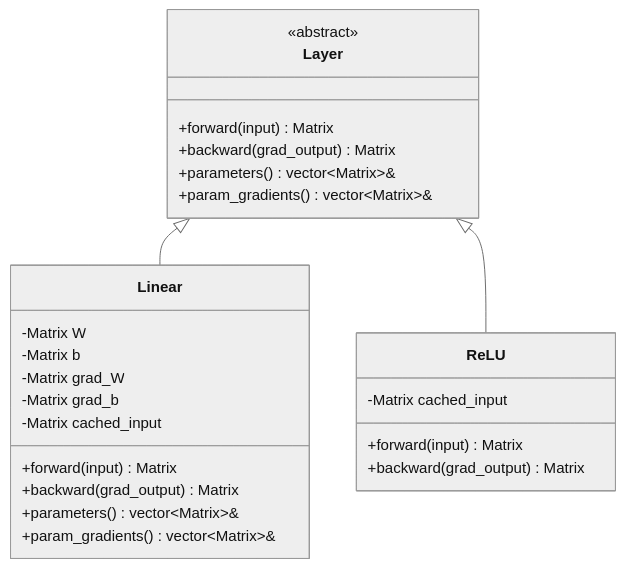
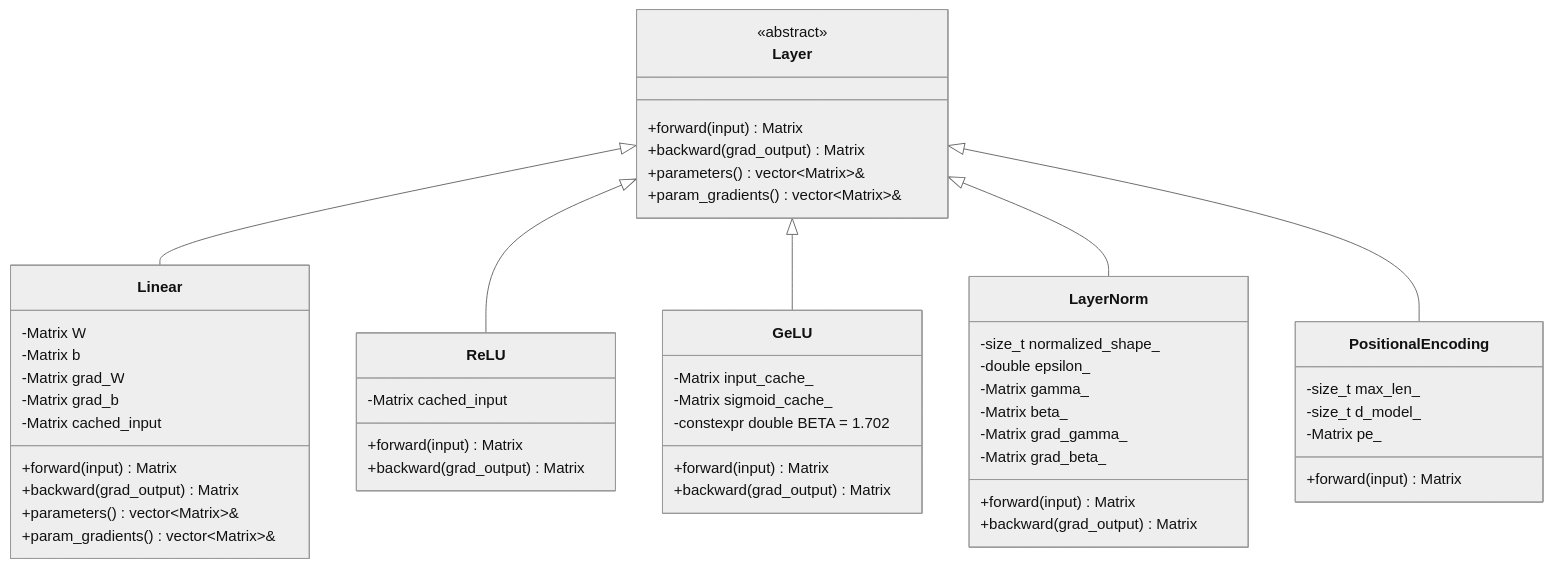
One commit to EthanPeng-2048/neuralnet.cpp changed the sixth of 13 diagrams in ARCHITECTURE.md. Above: the diagram before and after it, drawn with Mermaid (neutral theme). The commit also changed other lines of this file and 2 other files, not shown here.

````diff
--- a/ARCHITECTURE.md
+++ b/ARCHITECTURE.md
@@ -192,31 +192,60 @@
 ```mermaid
 classDiagram
     class Layer {
         <<abstract>>
         +forward(input) Matrix
         +backward(grad_output) Matrix
         +parameters() vector~Matrix~&
         +param_gradients() vector~Matrix~&
     }
 
     class Linear {
         -Matrix W
         -Matrix b
         -Matrix grad_W
         -Matrix grad_b
         -Matrix cached_input
         +forward(input) Matrix
         +backward(grad_output) Matrix
         +parameters() vector~Matrix~&
         +param_gradients() vector~Matrix~&
     }
 
     class ReLU {
         -Matrix cached_input
         +forward(input) Matrix
         +backward(grad_output) Matrix
     }
 
+    class GeLU {
+        -Matrix input_cache_
+        -Matrix sigmoid_cache_
+        -constexpr double BETA = 1.702
+        +forward(input) Matrix
+        +backward(grad_output) Matrix
+    }
+
+    class LayerNorm {
+        -size_t normalized_shape_
+        -double epsilon_
+        -Matrix gamma_
+        -Matrix beta_
+        -Matrix grad_gamma_
+        -Matrix grad_beta_
+        +forward(input) Matrix
+        +backward(grad_output) Matrix
+    }
+
+    class PositionalEncoding {
+        -size_t max_len_
+        -size_t d_model_
+        -Matrix pe_
+        +forward(input) Matrix
+    }
+
     Layer <|-- Linear
     Layer <|-- ReLU
+    Layer <|-- GeLU
+    Layer <|-- LayerNorm
+    Layer <|-- PositionalEncoding
 ```
````
